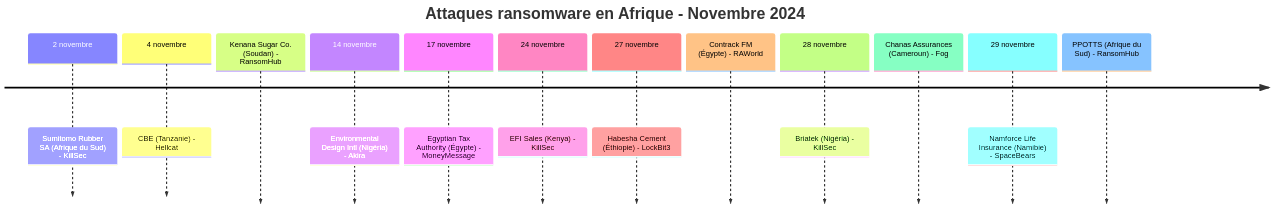
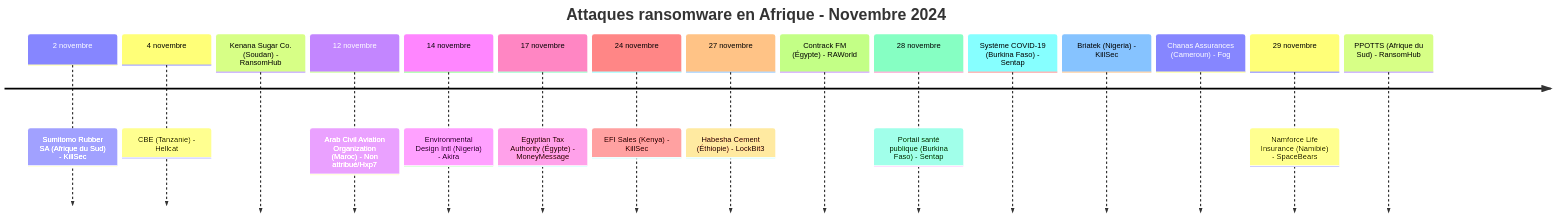
One commit to Hatchepsoute/AFRINTEL changed the first of 4 diagrams in CyberAttackAfrica/2024/11-november/README_FR.md. Above: the diagram before and after it, drawn with Mermaid. The commit also changed other lines of this file and 255 other files, not shown here.

````diff
--- a/CyberAttackAfrica/2024/11-november/README_FR.md
+++ b/CyberAttackAfrica/2024/11-november/README_FR.md
@@ -43,16 +46,19 @@
 ```mermaid
 timeline
     title Attaques ransomware en Afrique - Novembre 2024
     2 novembre : Sumitomo Rubber SA (Afrique du Sud) - KillSec
     4 novembre : CBE (Tanzanie) - Hellcat
                  Kenana Sugar Co. (Soudan) - RansomHub
-    14 novembre : Environmental Design Intl (Nigéria) - Akira
+    12 novembre : Arab Civil Aviation Organization (Maroc) - Non attribué/Hxp7
+    14 novembre : Environmental Design Intl (Nigeria) - Akira
     17 novembre : Egyptian Tax Authority (Égypte) - MoneyMessage
     24 novembre : EFI Sales (Kenya) - KillSec
     27 novembre : Habesha Cement (Éthiopie) - LockBit3
                   Contrack FM (Égypte) - RAWorld
-    28 novembre : Briatek (Nigéria) - KillSec
+    28 novembre : Portail santé publique (Burkina Faso) - Sentap
+                  Système COVID-19 (Burkina Faso) - Sentap
+                  Briatek (Nigeria) - KillSec
                   Chanas Assurances (Cameroun) - Fog
     29 novembre : Namforce Life Insurance (Namibie) - SpaceBears
                   PPOTTS (Afrique du Sud) - RansomHub
 ```
````
